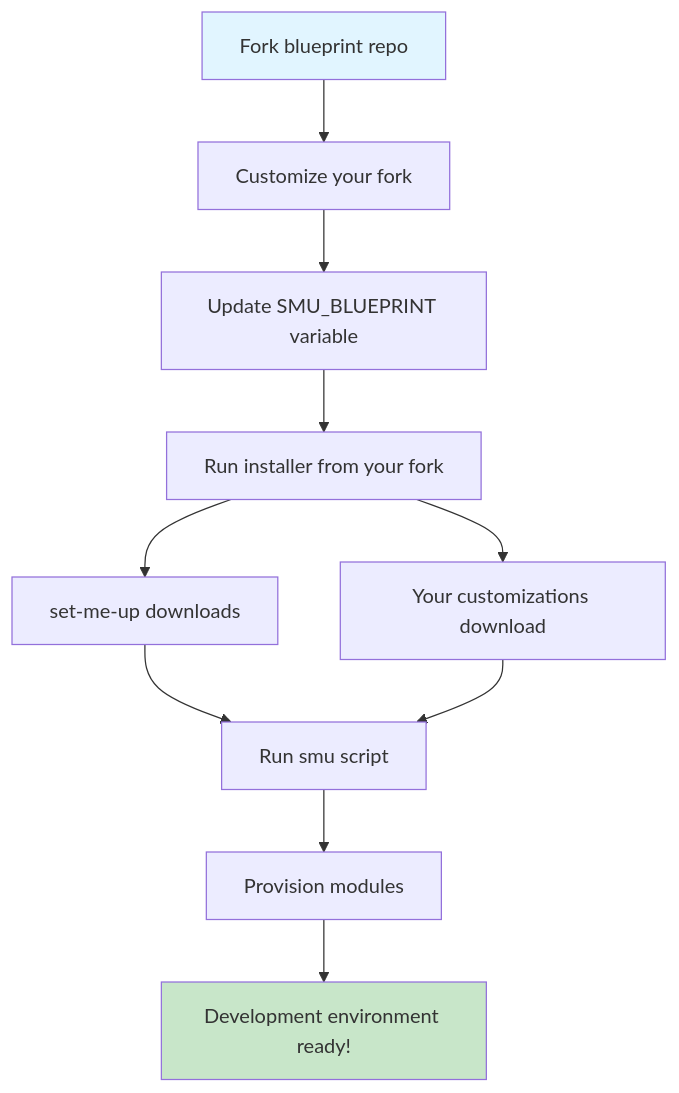
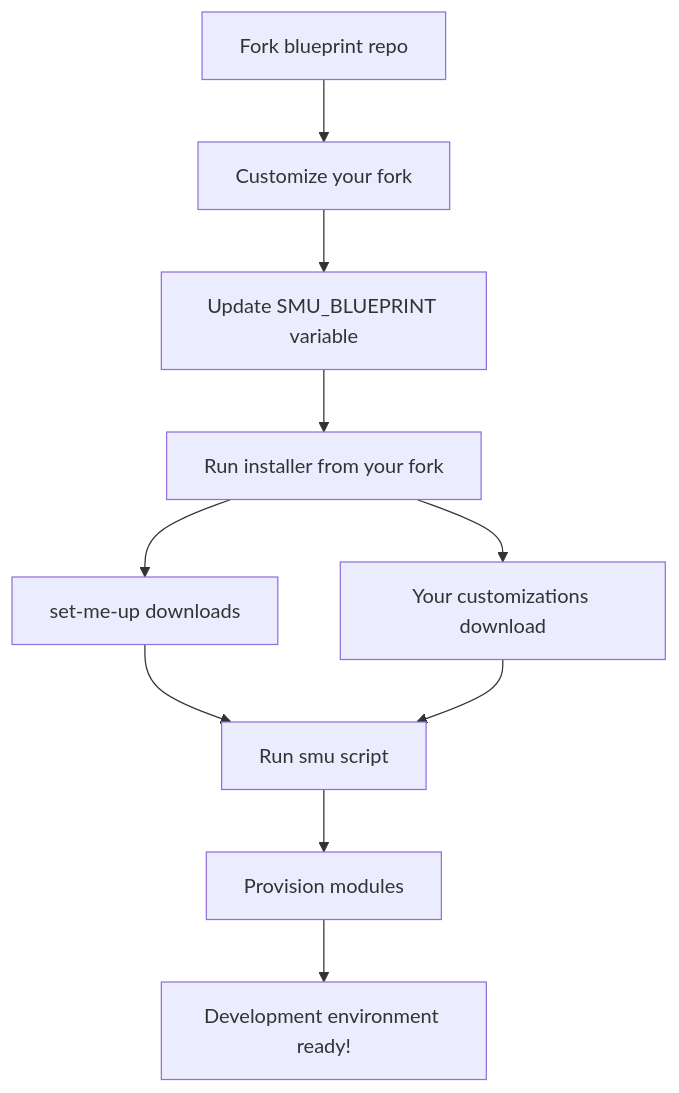
The first of 3 diagrams in README.md (dotbrains/set-me-up-docs), drawn with Mermaid before and after one commit. The commit also changed other lines of this file, not shown here.

Commit message:
docs: remove color styling from mermaid diagrams for dark mode compatibility

````diff
--- a/README.md
+++ b/README.md
@@ -35,15 +35,12 @@
 ```mermaid
 flowchart TD
     A[Fork blueprint repo] --> B[Customize your fork]
     B --> C[Update SMU_BLUEPRINT variable]
     C --> D[Run installer from your fork]
     D --> E[set-me-up downloads]
     D --> F[Your customizations download]
     E --> G[Run smu script]
     F --> G
     G --> H[Provision modules]
     H --> I[Development environment ready!]
-
-    style A fill:#e1f5ff
-    style I fill:#c8e6c9
 ```
````
